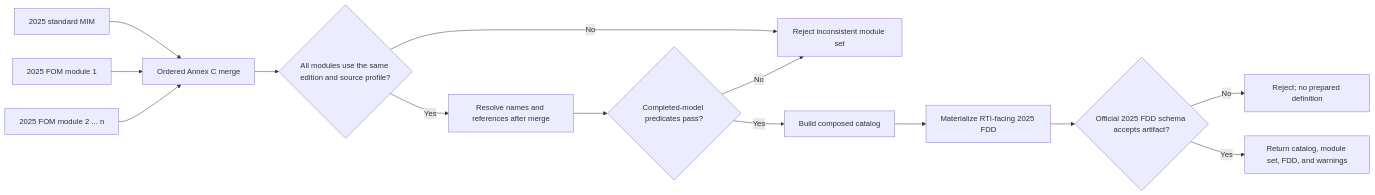
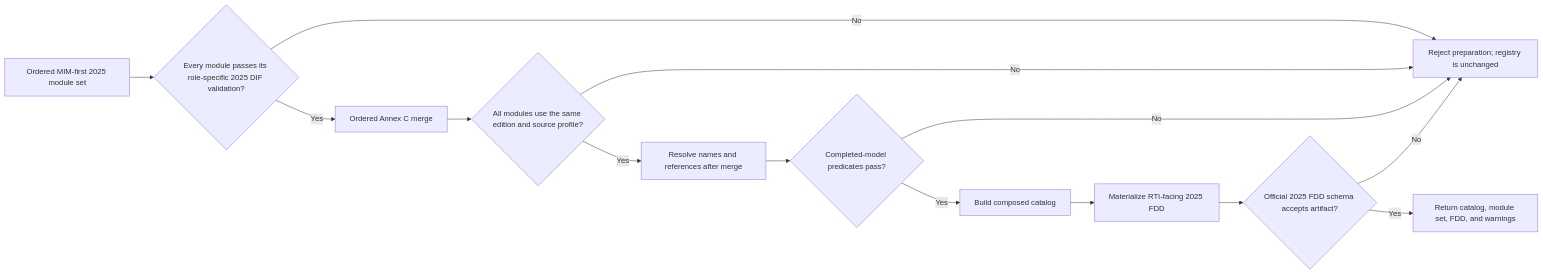
The second of 3 diagrams in docs/design/HLA-2025-FOM-MODULE-ADMISSION-AND-COMPOSITION-FLOW-GUIDE.md (sheepfling/umbra), drawn with Mermaid before and after one commit. The commit also changed other lines of this file and 72 other files, not shown here.

````diff
--- a/docs/design/HLA-2025-FOM-MODULE-ADMISSION-AND-COMPOSITION-FLOW-GUIDE.md
+++ b/docs/design/HLA-2025-FOM-MODULE-ADMISSION-AND-COMPOSITION-FLOW-GUIDE.md
@@ -85,16 +82,16 @@
 ```mermaid
 flowchart LR
-  A[2025 standard MIM] --> M[Ordered Annex C merge]
-  B[2025 FOM module 1] --> M
-  C[2025 FOM module 2 ... n] --> M
+  A[Ordered MIM-first 2025 module set] --> B{Every module passes its role-specific 2025 DIF validation?}
+  B -- No --> E[Reject preparation; registry is unchanged]
+  B -- Yes --> M[Ordered Annex C merge]
   M --> D{All modules use the same edition and source profile?}
-  D -- No --> E[Reject inconsistent module set]
+  D -- No --> E
   D -- Yes --> F[Resolve names and references after merge]
   F --> G{Completed-model predicates pass?}
   G -- No --> E
   G -- Yes --> H[Build composed catalog]
   H --> I[Materialize RTI-facing 2025 FDD]
   I --> J{Official 2025 FDD schema accepts artifact?}
-  J -- No --> K[Reject; no prepared definition]
+  J -- No --> E
   J -- Yes --> L[Return catalog, module set, FDD, and warnings]
 ```
````
